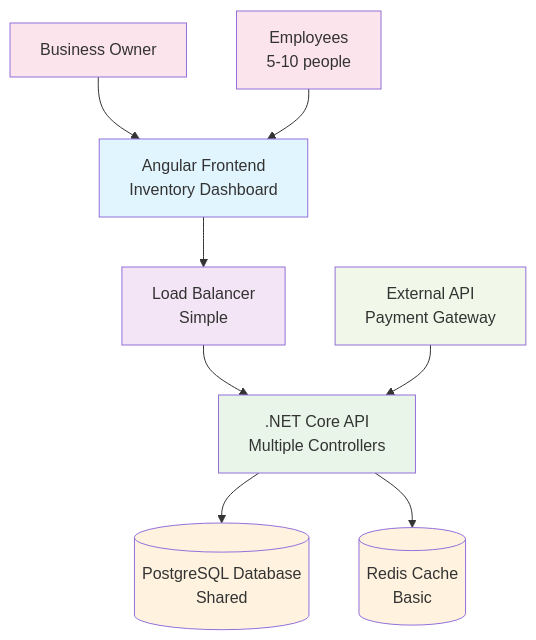
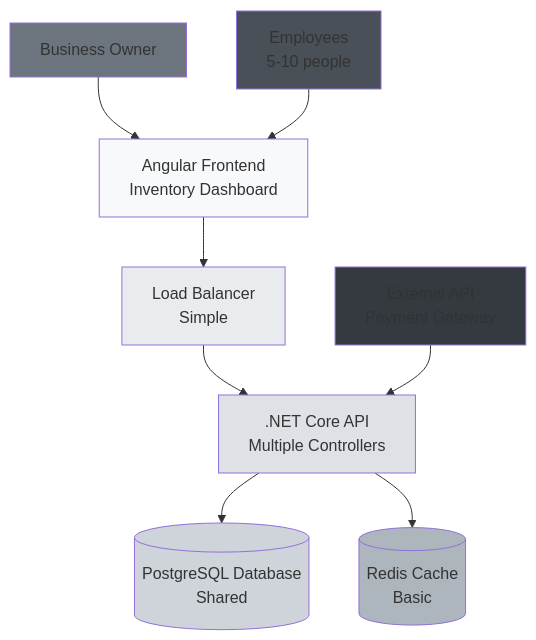
Before and after one commit to nayanvithanage/code_20-architecture-practice: the second of 5 diagrams in architecture-by-size-examples.md, drawn with Mermaid. The commit also changed other lines of this file, not shown here.

Commit message:
refactor: update color styles in architecture-by-size examples for improved readability

````diff
--- a/architecture-by-size-examples.md
+++ b/architecture-by-size-examples.md
@@ -34,21 +34,21 @@
 ```mermaid
 graph TD
     A[Angular Frontend<br/>Inventory Dashboard] --> B[Load Balancer<br/>Simple]
     B --> C[.NET Core API<br/>Multiple Controllers]
     C --> D[(PostgreSQL Database<br/>Shared)]
     C --> E[(Redis Cache<br/>Basic)]
     
     F[Business Owner] --> A
     G[Employees<br/>5-10 people] --> A
     
     H[External API<br/>Payment Gateway] --> C
     
-    style A fill:#e1f5fe
-    style B fill:#f3e5f5
-    style C fill:#e8f5e8
-    style D fill:#fff3e0
-    style E fill:#fff3e0
-    style F fill:#fce4ec
-    style G fill:#fce4ec
-    style H fill:#f1f8e9
+    style A fill:#f8f9fa
+    style B fill:#e9ecef
+    style C fill:#dee2e6
+    style D fill:#ced4da
+    style E fill:#adb5bd
+    style F fill:#6c757d
+    style G fill:#495057
+    style H fill:#343a40
 ```
````
